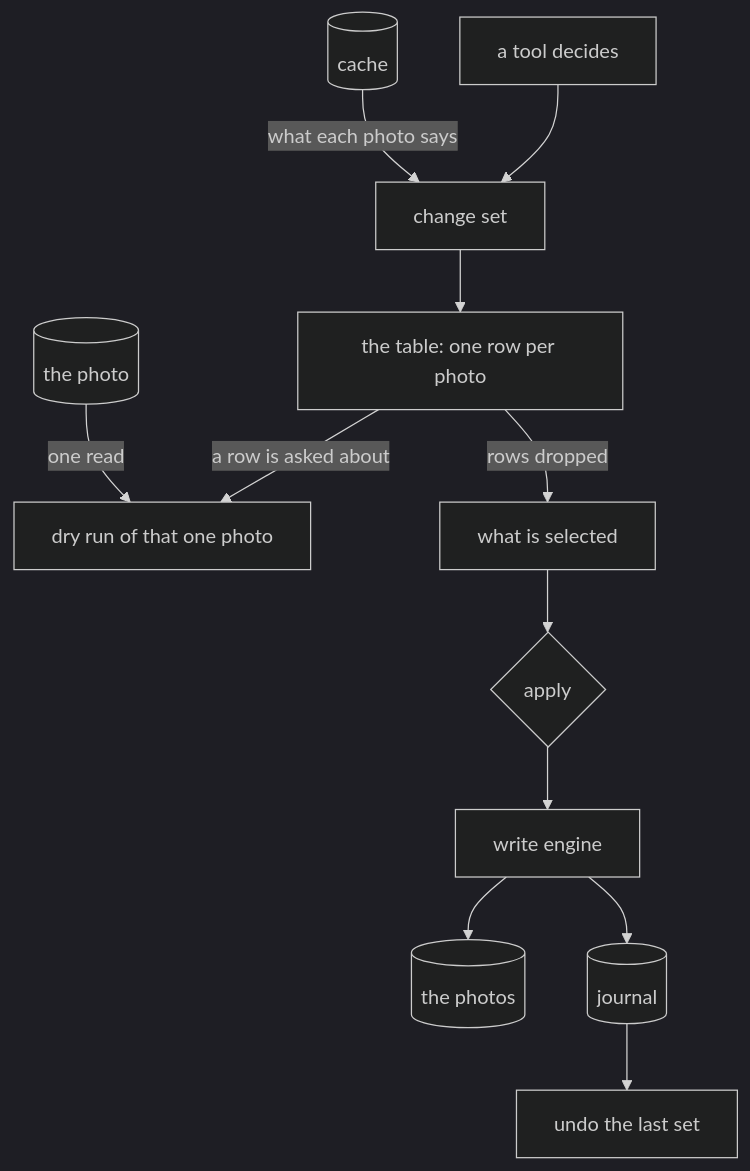
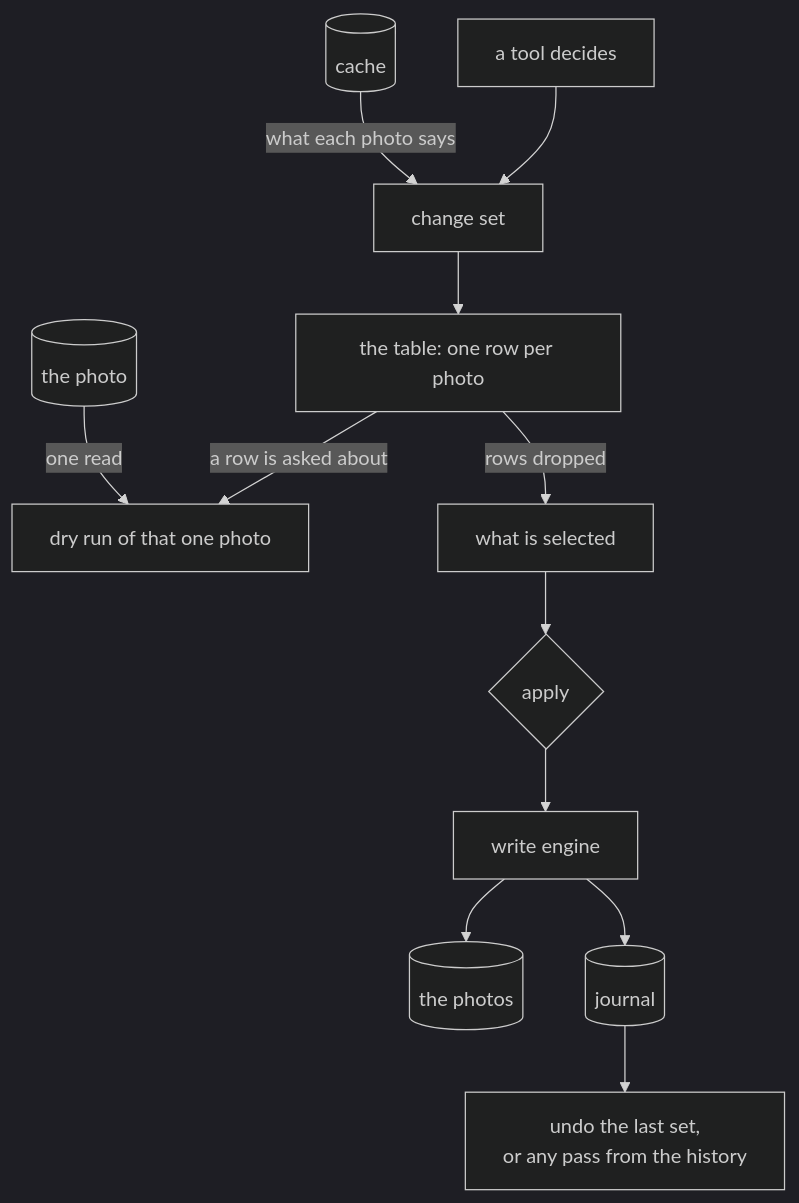
Before and after one commit to xuedi/photoManager: the diagram in docs/preview.md, drawn with Mermaid (dark theme). The commit also changed other lines of this file and 5 other files, not shown here.

````diff
--- a/docs/preview.md
+++ b/docs/preview.md
@@ -35,14 +35,14 @@
 ```mermaid
 flowchart TD
     tool[a tool decides] --> set[change set]
     cache[(cache)] -- what each photo says --> set
     set --> table[the table: one row per photo]
     table -- a row is asked about --> dry[dry run of that one photo]
     photo[(the photo)] -- one read --> dry
     table -- rows dropped --> picked[what is selected]
     picked --> apply{apply}
     apply --> engine[write engine]
     engine --> photos[(the photos)]
     engine --> journal[(journal)]
-    journal --> undo[undo the last set]
+    journal --> undo[undo the last set,<br/>or any pass from the history]
 ```
````
